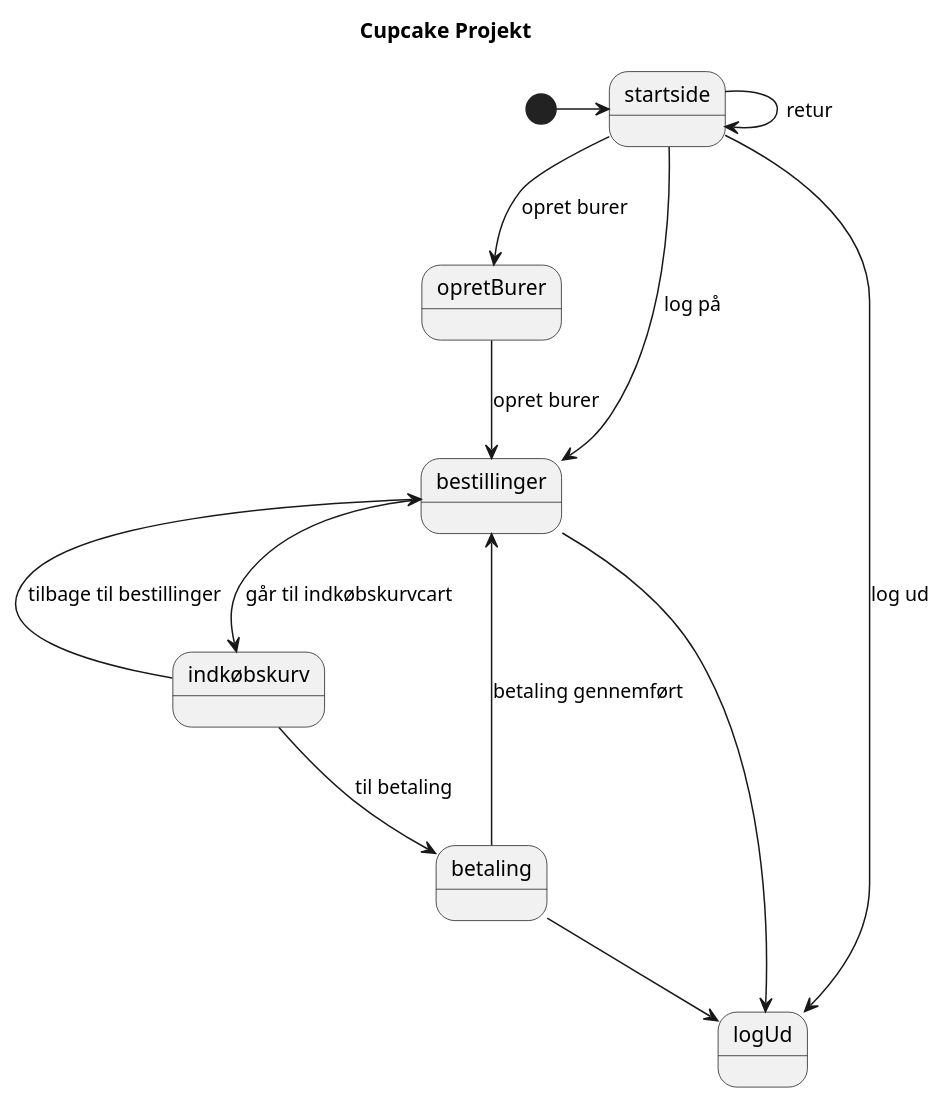
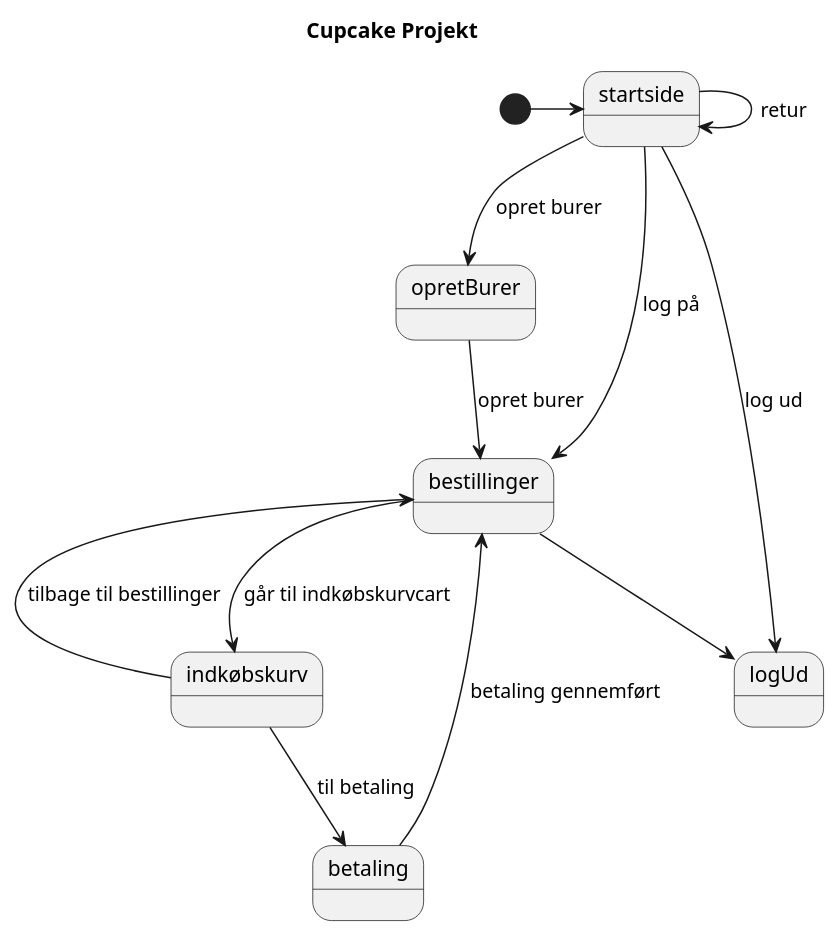
One commit to Mattsigurd/cupcake changed the diagram in src/main/plantuml/cupcake.puml. Above: the diagram before and after it, drawn with PlantUML.

```diff
--- a/src/main/plantuml/cupcake.puml
+++ b/src/main/plantuml/cupcake.puml
@@ -1,27 +1,26 @@
 @startuml
 
 Title Cupcake Projekt
 
 State startside
 State opretBurer
 State logUd
 State bestillinger
 State indkøbskurv
 State betaling
 
 
 [*] -> startside
 startside --> startside : retur
 startside --> bestillinger : log på
 bestillinger --> indkøbskurv : går til indkøbskurvcart
 indkøbskurv --> bestillinger : tilbage til bestillinger
 indkøbskurv --> betaling : til betaling
 betaling --> bestillinger : betaling gennemført
-betaling --> logUd
 bestillinger --> logUd
 startside --> logUd : log ud
 
 startside --> opretBurer : opret burer
 opretBurer --> bestillinger : opret burer
 
 @enduml
```
